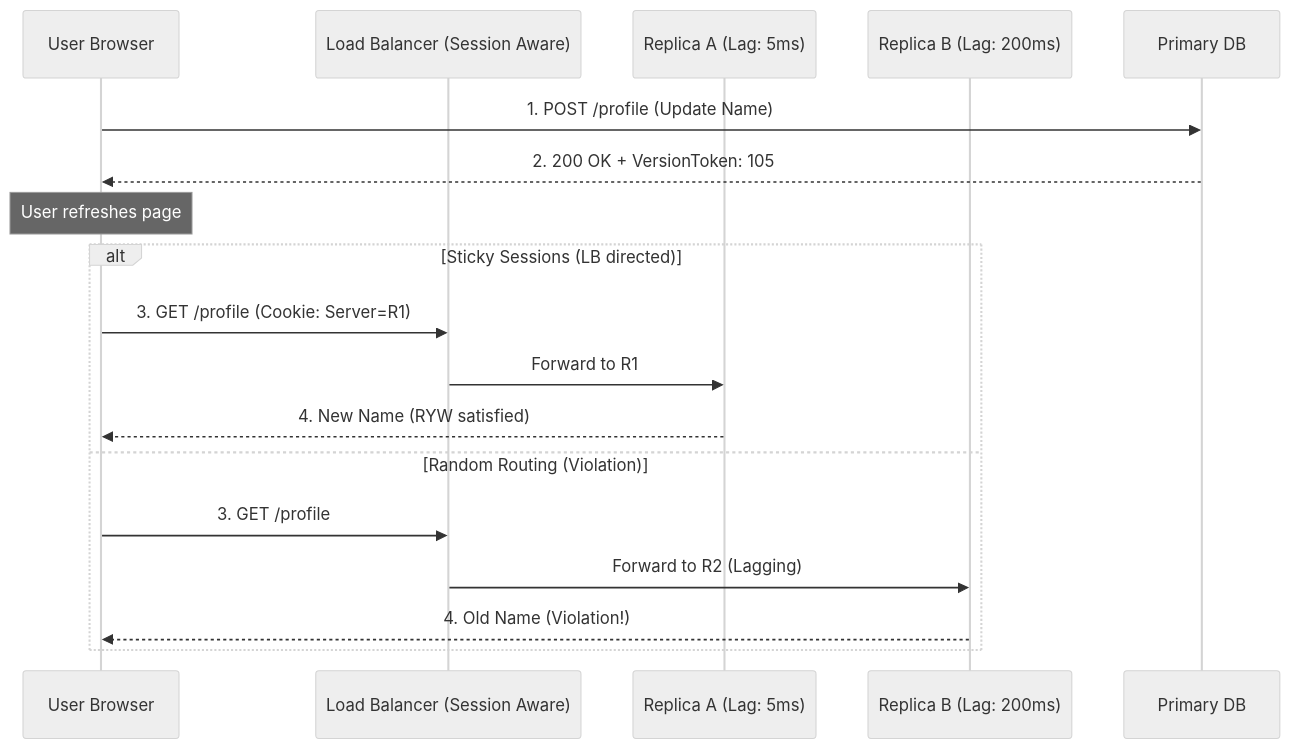
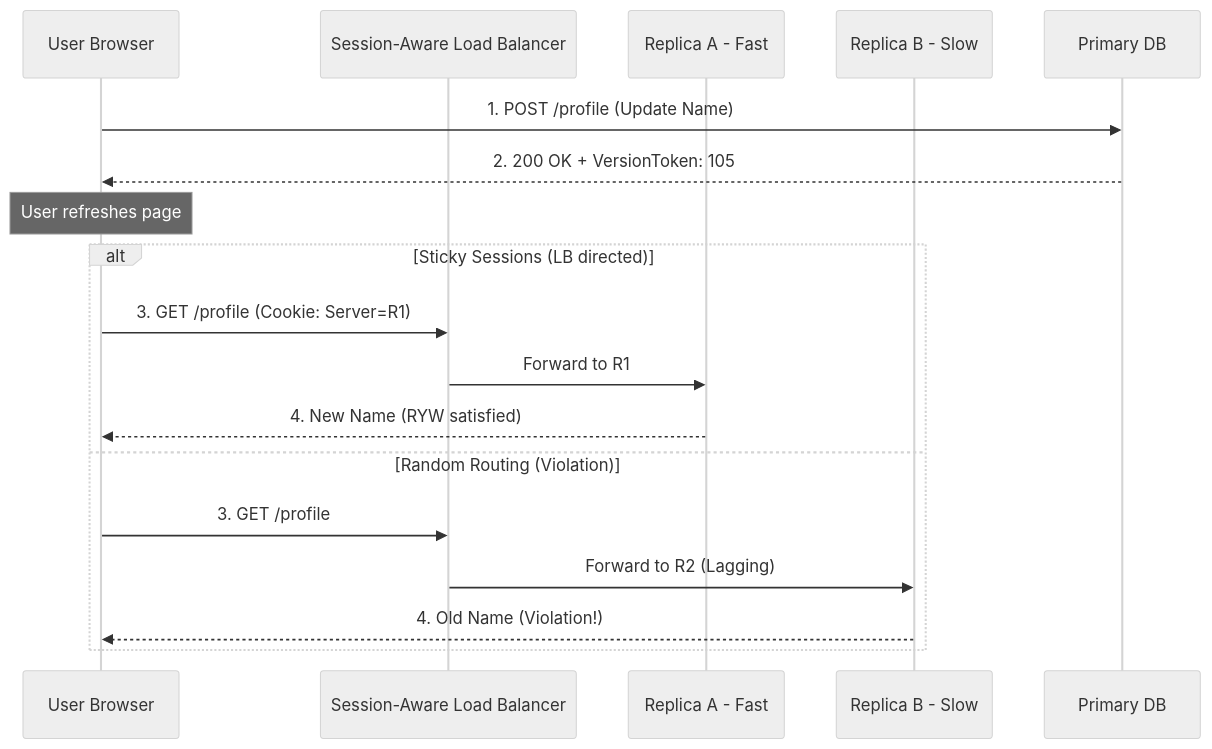
The diagram in data/notes/02-Phase-2-Distribution/Module-08-Consistency-Models/02-Phase-2-Distribution__Module-08-Consistency-Models__Session_Guarantees.md (ishitvagoel/SystemDesignNotes), drawn with Mermaid (neutral theme) before and after one commit. The commit also changed 2 other files, not shown here.

Commit message:
fix: remove parentheses from Mermaid participant display names
Parentheses in sequenceDiagram participant aliases (the text after `as`)
cause parse errors in Mermaid v10. Fixed in 3 diagrams:

- Idempotency.md: "Redis (Idemp Store)" → "Redis Idempotency Store"
- CDN_Architecture.md: "Origin Shield (optional)" → "Origin Shield"
- Session_Guarantees.md: removed parens from LB, R1, R2 aliases

https://claude.ai/code/session_01SrCvHP6iAwRGM31Vh8VtW8

````diff
--- a/data/notes/02-Phase-2-Distribution/Module-08-Consistency-Models/02-Phase-2-Distribution__Module-08-Consistency-Models__Session_Guarantees.md
+++ b/data/notes/02-Phase-2-Distribution/Module-08-Consistency-Models/02-Phase-2-Distribution__Module-08-Consistency-Models__Session_Guarantees.md
@@ -119,23 +119,23 @@
 ```mermaid
 sequenceDiagram
     participant User as User Browser
-    participant LB as Load Balancer (Session Aware)
-    participant R1 as Replica A (Lag: 5ms)
-    participant R2 as Replica B (Lag: 200ms)
+    participant LB as Session-Aware Load Balancer
+    participant R1 as Replica A - Fast
+    participant R2 as Replica B - Slow
     participant DB as Primary DB
 
     User->>DB: 1. POST /profile (Update Name)
     DB-->>User: 2. 200 OK + VersionToken: 105
     
     Note over User: User refreshes page
     
     alt Sticky Sessions (LB directed)
         User->>LB: 3. GET /profile (Cookie: Server=R1)
         LB->>R1: Forward to R1
         R1-->>User: 4. New Name (RYW satisfied)
     else Random Routing (Violation)
         User->>LB: 3. GET /profile
         LB->>R2: Forward to R2 (Lagging)
         R2-->>User: 4. Old Name (Violation!)
     end
 ```
````
